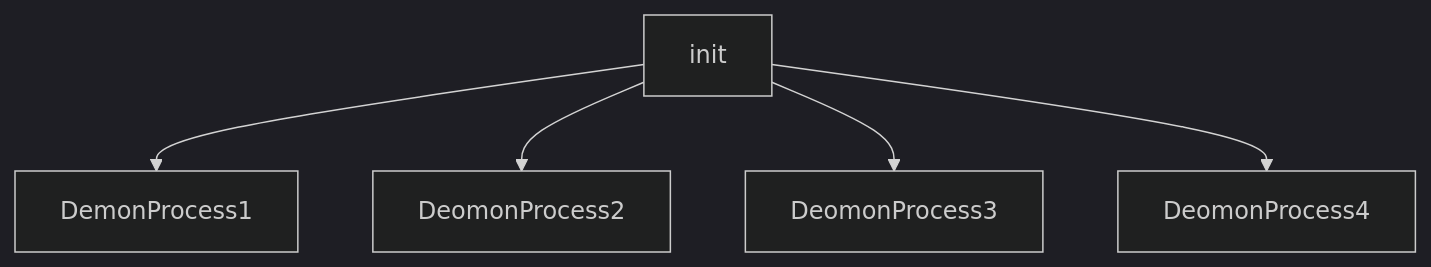
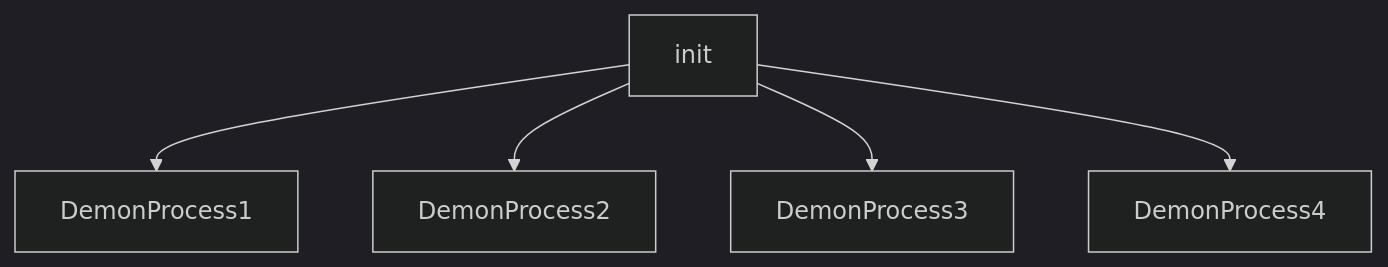
Before and after one commit to virtual-tech-school/virtual-tech-notes: the second of 4 diagrams in linux-masterclass/05-processes/README.md, drawn with Mermaid (dark theme).

````diff
--- a/linux-masterclass/05-processes/README.md
+++ b/linux-masterclass/05-processes/README.md
@@ -32,7 +32,7 @@
 ```mermaid
 graph TD;
     init-->DemonProcess1;
-    init-->DeomonProcess2;
-    init-->DeomonProcess3;
-    init-->DeomonProcess4;
+    init-->DemonProcess2;
+    init-->DemonProcess3;
+    init-->DemonProcess4;
 ```
````
